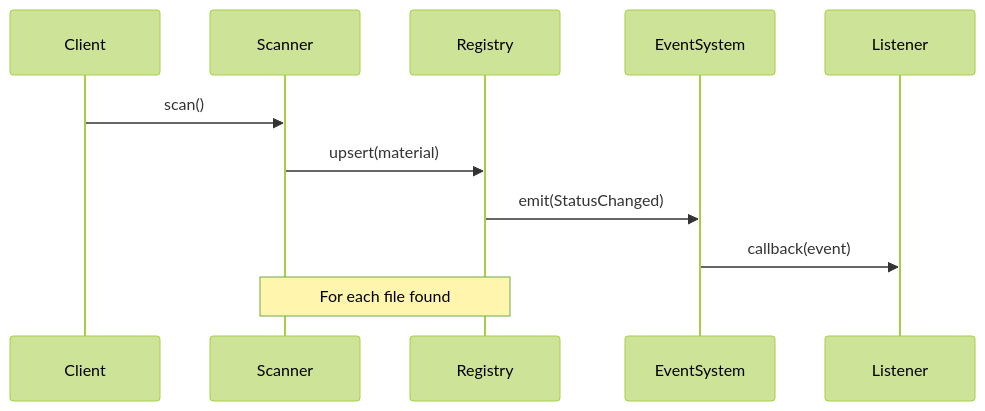
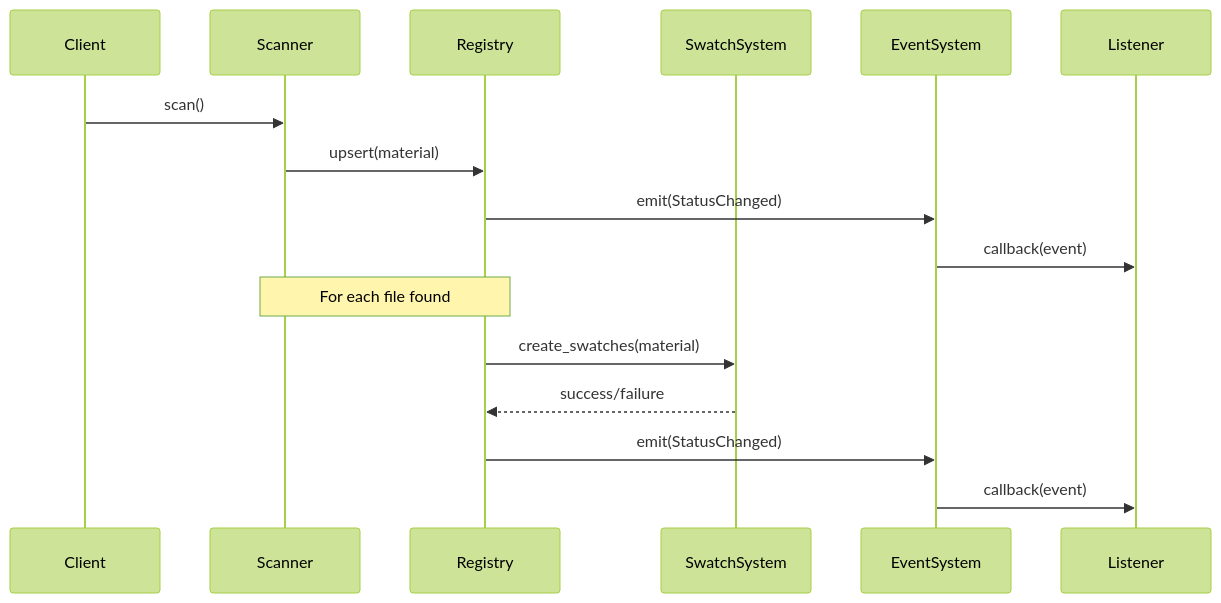
One commit to pandallel/quilt changed the second of 2 diagrams in docs/src/features/materials/material-architecture.md. Above: the diagram before and after it, drawn with Mermaid (forest theme). The commit also changed other lines of this file and 2 other files, not shown here.

````diff
--- a/docs/src/features/materials/material-architecture.md
+++ b/docs/src/features/materials/material-architecture.md
@@ -206,15 +206,21 @@
 ```mermaid
 sequenceDiagram
     participant Client
     participant Scanner
     participant Registry
+    participant SwatchSystem
     participant EventSystem
     participant Listener
 
     Client->>Scanner: scan()
     Scanner->>Registry: upsert(material)
     Registry->>EventSystem: emit(StatusChanged)
     EventSystem->>Listener: callback(event)
 
     Note over Scanner,Registry: For each file found
+
+    Registry->>SwatchSystem: create_swatches(material)
+    SwatchSystem-->>Registry: success/failure
+    Registry->>EventSystem: emit(StatusChanged)
+    EventSystem->>Listener: callback(event)
 ```
````
